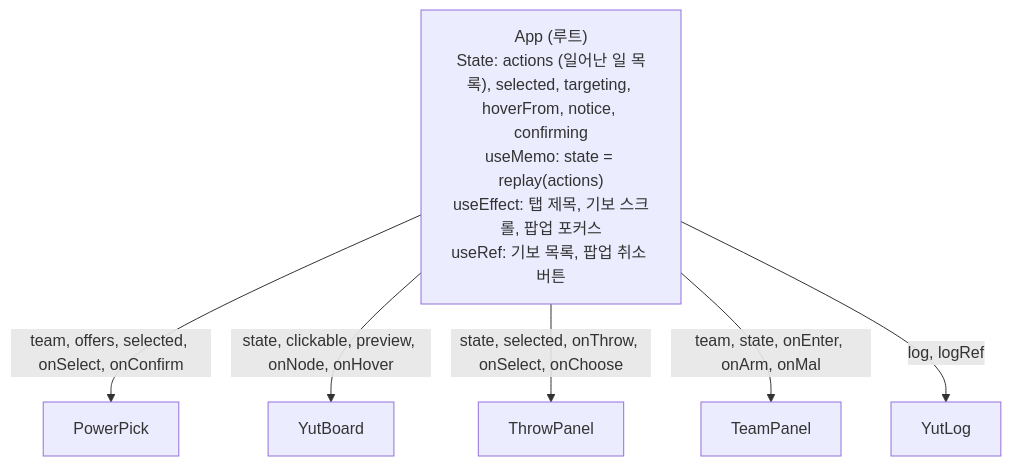
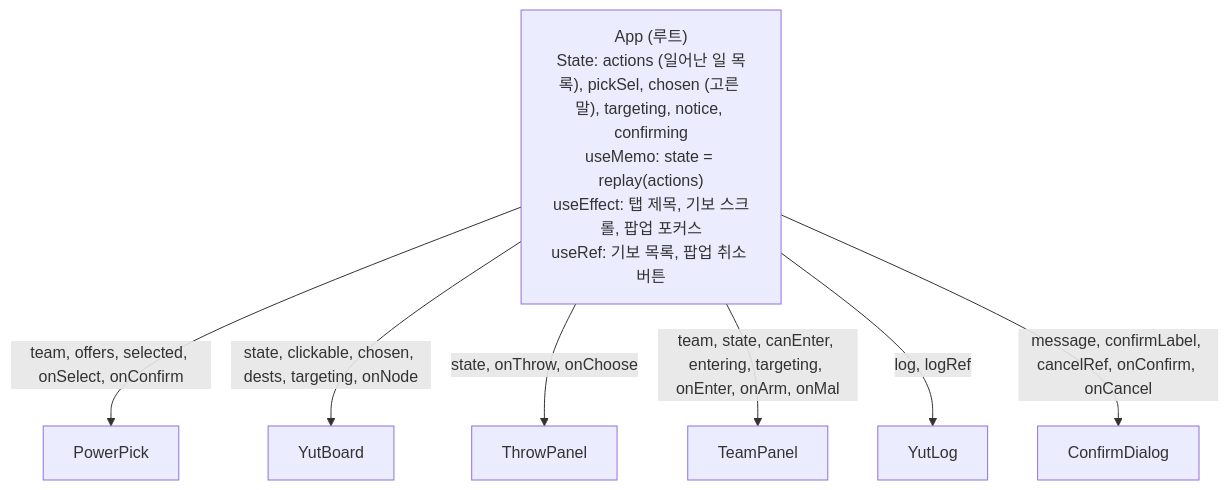
The third of 4 diagrams in projects/react/docs/DETAILS.md (kimgeonhui1/SW-AI-W11-12-FRAME-WORK), drawn with Mermaid before and after one commit. The commit also changed other lines of this file and 4 other files, not shown here.

````diff
--- a/projects/react/docs/DETAILS.md
+++ b/projects/react/docs/DETAILS.md
@@ -289,9 +290,10 @@
 ```mermaid
 flowchart TD
-  App["App (루트)<br/>State: actions (일어난 일 목록), selected, targeting, hoverFrom, notice, confirming<br/>useMemo: state = replay(actions)<br/>useEffect: 탭 제목, 기보 스크롤, 팝업 포커스<br/>useRef: 기보 목록, 팝업 취소 버튼"]
+  App["App (루트)<br/>State: actions (일어난 일 목록), pickSel, chosen (고른 말), targeting, notice, confirming<br/>useMemo: state = replay(actions)<br/>useEffect: 탭 제목, 기보 스크롤, 팝업 포커스<br/>useRef: 기보 목록, 팝업 취소 버튼"]
   App -->|team, offers, selected, onSelect, onConfirm| PowerPick
-  App -->|state, clickable, preview, onNode, onHover| YutBoard
-  App -->|state, selected, onThrow, onSelect, onChoose| ThrowPanel
-  App -->|team, state, onEnter, onArm, onMal| TeamPanel
+  App -->|state, clickable, chosen, dests, targeting, onNode| YutBoard
+  App -->|state, onThrow, onChoose| ThrowPanel
+  App -->|team, state, canEnter, entering, targeting, onEnter, onArm, onMal| TeamPanel
   App -->|log, logRef| YutLog
+  App -->|message, confirmLabel, cancelRef, onConfirm, onCancel| ConfirmDialog
 ```
````
